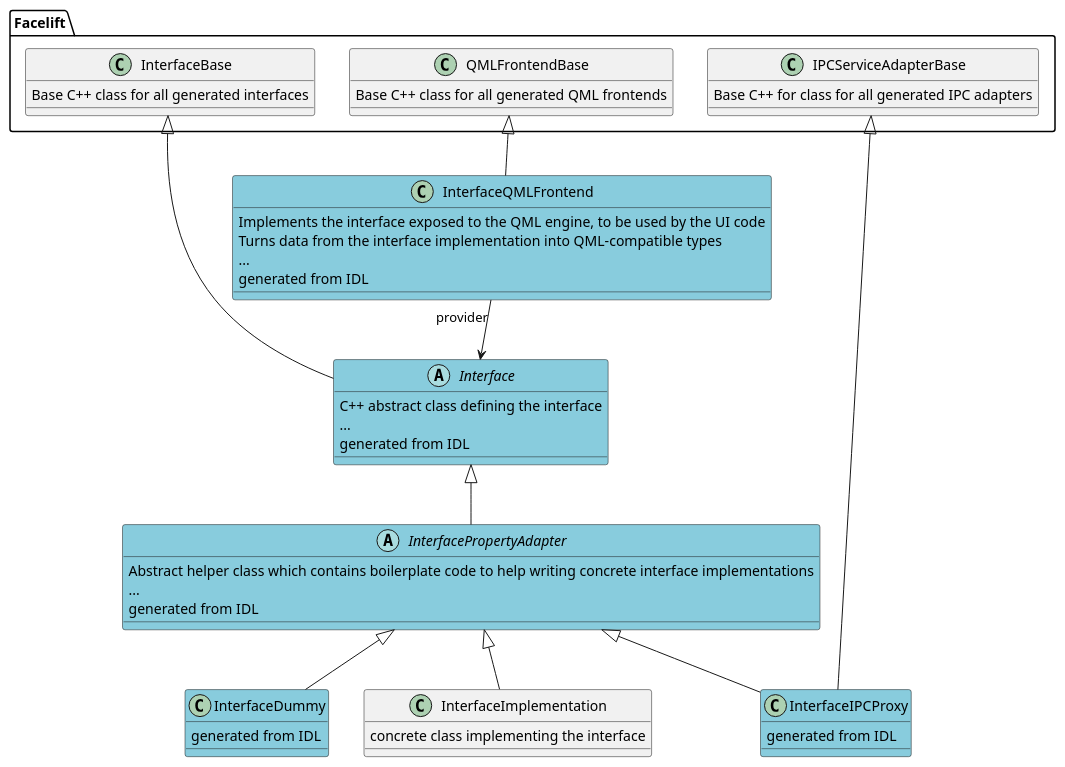
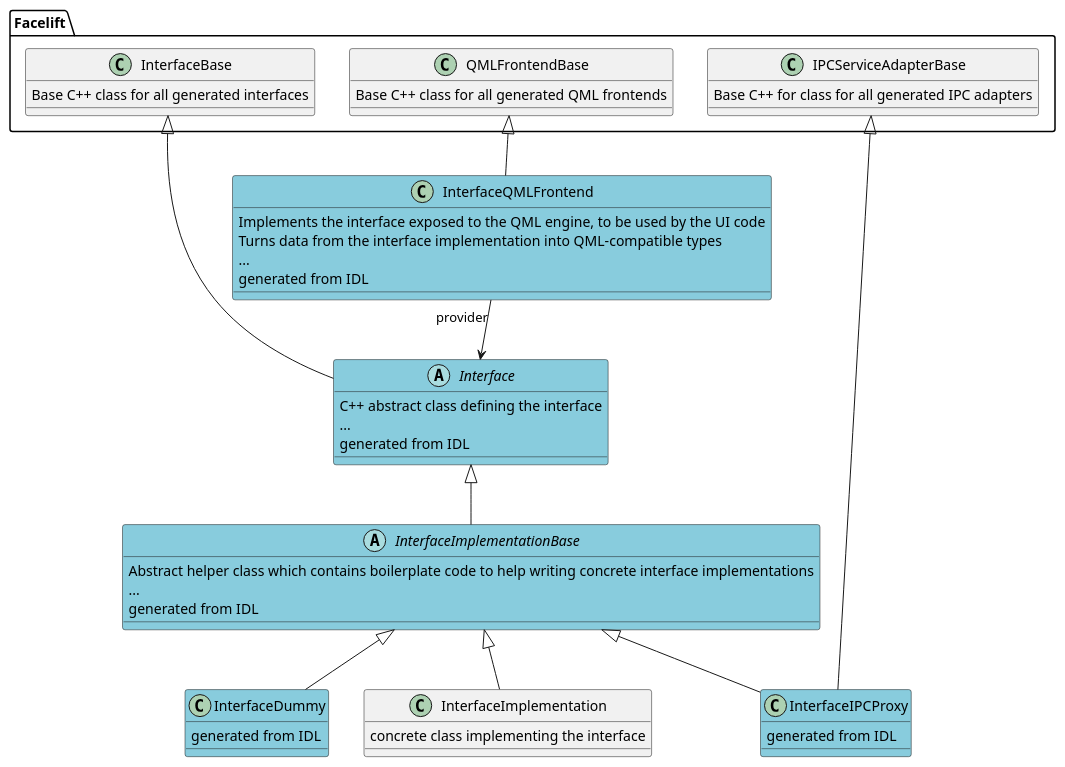
Before and after one commit to Pelagicore/facelift: the diagram in doc/IPC classes.plantuml, drawn with PlantUML. The commit also changed other lines of this file and 25 other files, not shown here.

First line of the commit message:
Rename PropertyAdapter to ImplementationBase

```diff
--- a/doc/IPC classes.plantuml
+++ b/doc/IPC classes.plantuml
@@ -1,72 +1,72 @@
 @startuml
 
 
 package Facelift {
 
-	class InterfaceBase {
-	    Base C++ class for all generated interfaces
-	}
+    class InterfaceBase {
+        Base C++ class for all generated interfaces
+    }
 
-	class QMLFrontendBase {
-	    Base C++ class for all generated QML frontends
-	}
+    class QMLFrontendBase {
+        Base C++ class for all generated QML frontends
+    }
 
-	class IPCServiceAdapterBase {
-	    Base C++ for class for all generated IPC adapters
-	}
+    class IPCServiceAdapterBase {
+        Base C++ for class for all generated IPC adapters
+    }
 
 }
 
 
 abstract class Interface #88CCDD {
     C++ abstract class defining the interface
 ...
     generated from IDL
 }
 
 
-abstract class InterfacePropertyAdapter #88CCDD {
+abstract class InterfaceImplementationBase #88CCDD {
     Abstract helper class which contains boilerplate code to help writing concrete interface implementations
 ...
     generated from IDL
 
 }
 
 
 class InterfaceDummy #88CCDD {
     generated from IDL
 }
 
 
 class InterfaceIPCProxy #88CCDD {
     generated from IDL
 }
 
 
 class InterfaceQMLFrontend #88CCDD {
     Implements the interface exposed to the QML engine, to be used by the UI code
     Turns data from the interface implementation into QML-compatible types
 ...
     generated from IDL
 
 }
 
 class InterfaceImplementation {
     concrete class implementing the interface
-    
+
 }
 
-Interface <|-- InterfacePropertyAdapter
-InterfacePropertyAdapter <|-- InterfaceImplementation
-InterfacePropertyAdapter <|-- InterfaceDummy
-InterfacePropertyAdapter <|-- InterfaceIPCProxy
+Interface <|-- InterfaceImplementationBase
+InterfaceImplementationBase <|-- InterfaceImplementation
+InterfaceImplementationBase <|-- InterfaceDummy
+InterfaceImplementationBase <|-- InterfaceIPCProxy
 IPCServiceAdapterBase <|-- InterfaceIPCProxy
 
 InterfaceQMLFrontend  "provider" --> Interface
 
 
 InterfaceBase <|-- Interface
 
 QMLFrontendBase <|-- InterfaceQMLFrontend
 
 @enduml
```
